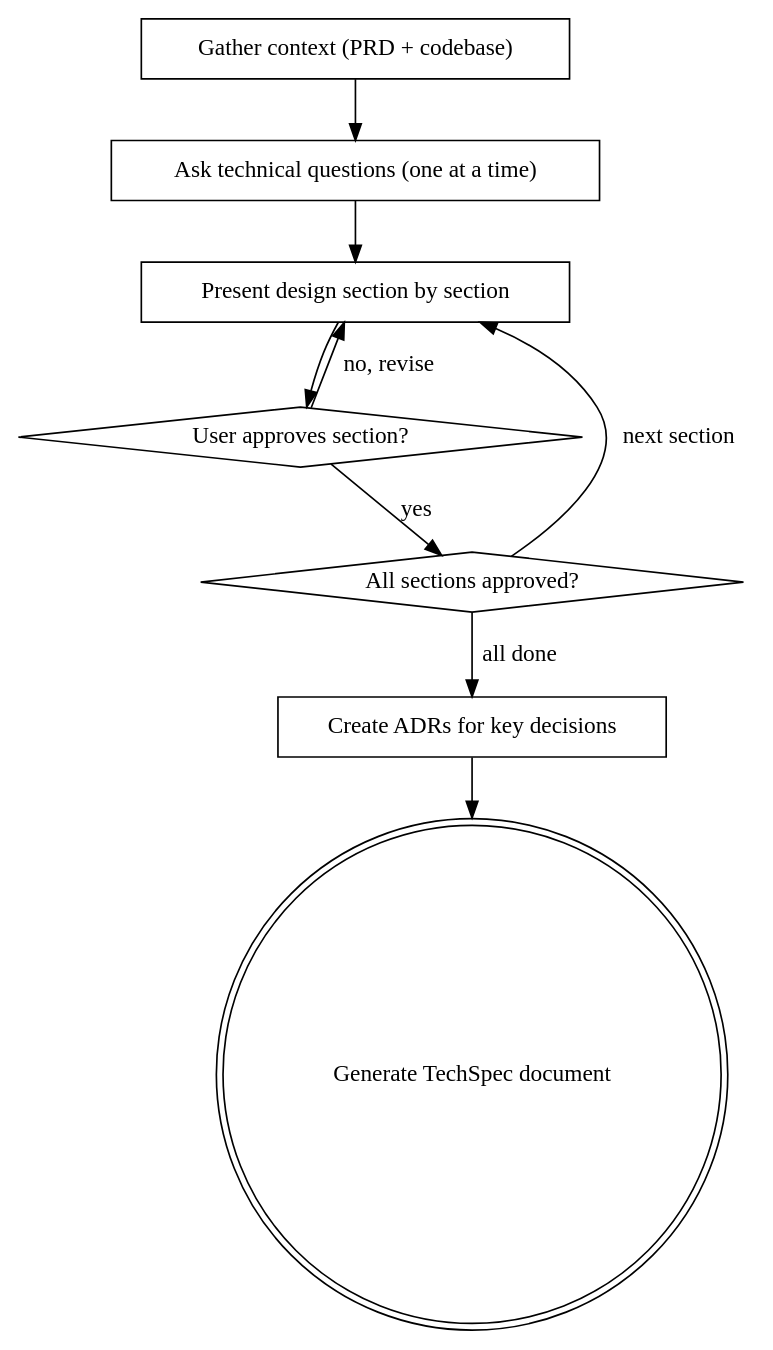
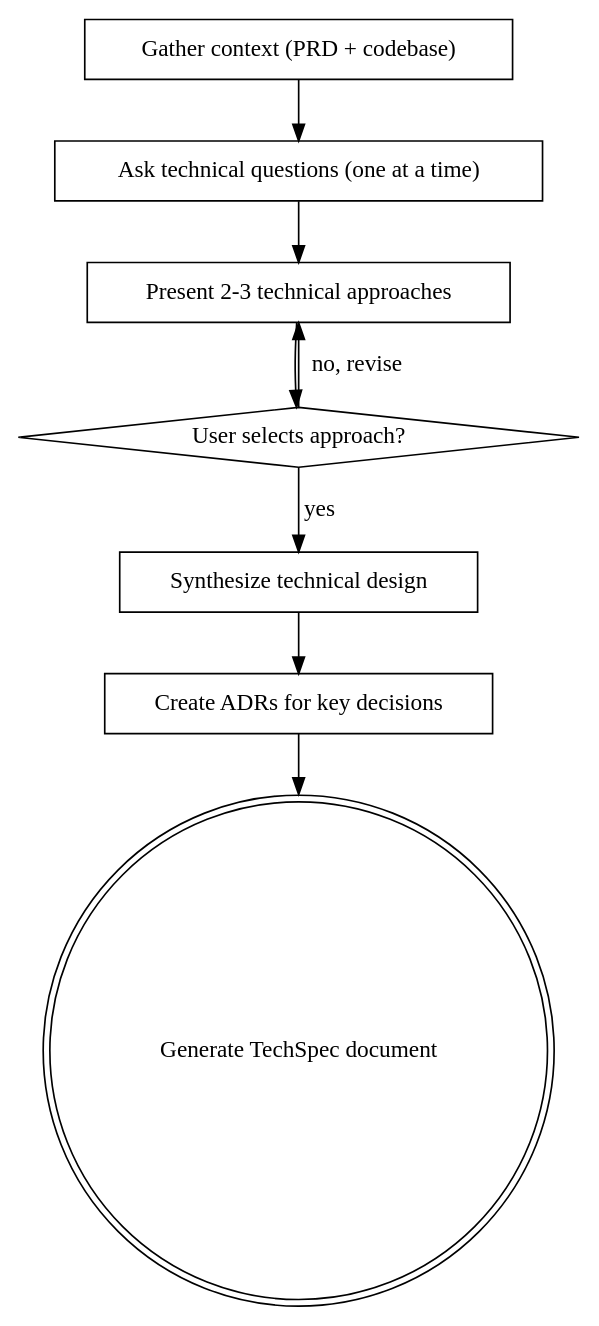
The diagram in .agents/skills/cy-create-techspec/SKILL.md (compozy/agh), drawn with Graphviz before and after one commit. The commit also changed other lines of this file and 120 other files, not shown here.

````diff
--- a/.agents/skills/cy-create-techspec/SKILL.md
+++ b/.agents/skills/cy-create-techspec/SKILL.md
@@ -72,20 +80,19 @@
 ```dot
 digraph create_techspec {
     "Gather context (PRD + codebase)" [shape=box];
     "Ask technical questions (one at a time)" [shape=box];
-    "Present design section by section" [shape=box];
-    "User approves section?" [shape=diamond];
-    "All sections approved?" [shape=diamond];
+    "Present 2-3 technical approaches" [shape=box];
+    "User selects approach?" [shape=diamond];
+    "Synthesize technical design" [shape=box];
     "Create ADRs for key decisions" [shape=box];
     "Generate TechSpec document" [shape=doublecircle];
 
     "Gather context (PRD + codebase)" -> "Ask technical questions (one at a time)";
-    "Ask technical questions (one at a time)" -> "Present design section by section";
-    "Present design section by section" -> "User approves section?";
-    "User approves section?" -> "Present design section by section" [label="no, revise"];
-    "User approves section?" -> "All sections approved?" [label="yes"];
-    "All sections approved?" -> "Present design section by section" [label="next section"];
-    "All sections approved?" -> "Create ADRs for key decisions" [label="all done"];
+    "Ask technical questions (one at a time)" -> "Present 2-3 technical approaches";
+    "Present 2-3 technical approaches" -> "User selects approach?";
+    "User selects approach?" -> "Present 2-3 technical approaches" [label="no, revise"];
+    "User selects approach?" -> "Synthesize technical design" [label="yes"];
+    "Synthesize technical design" -> "Create ADRs for key decisions";
     "Create ADRs for key decisions" -> "Generate TechSpec document";
 }
 ```
````
